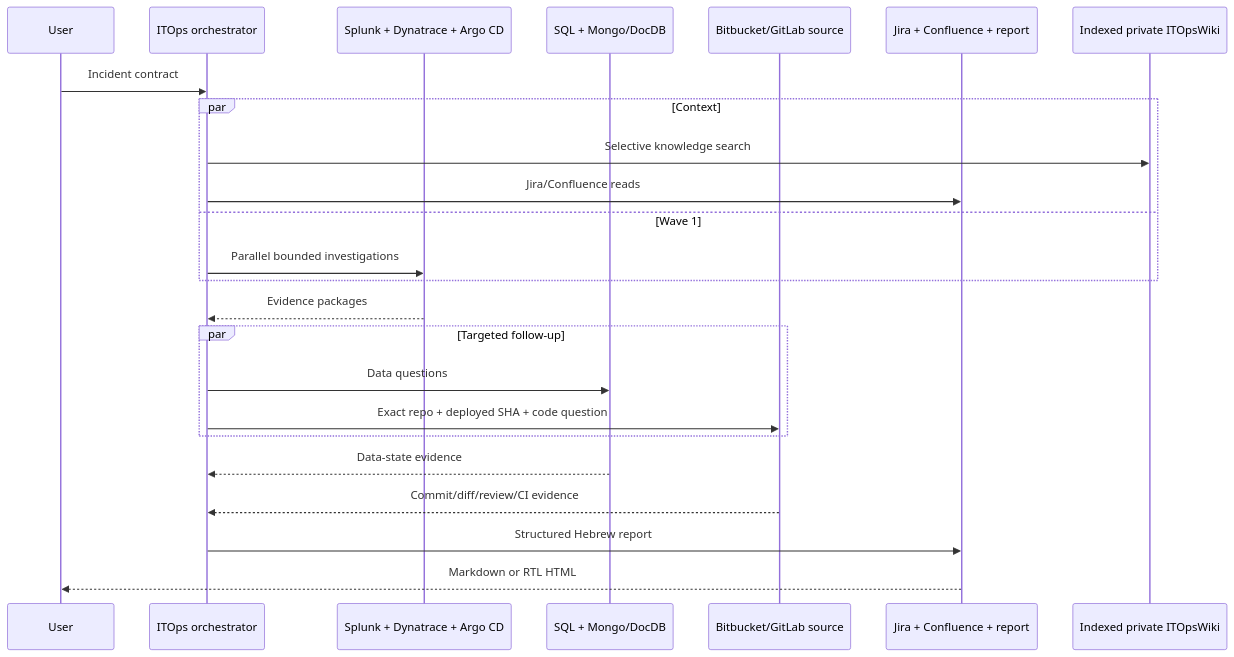
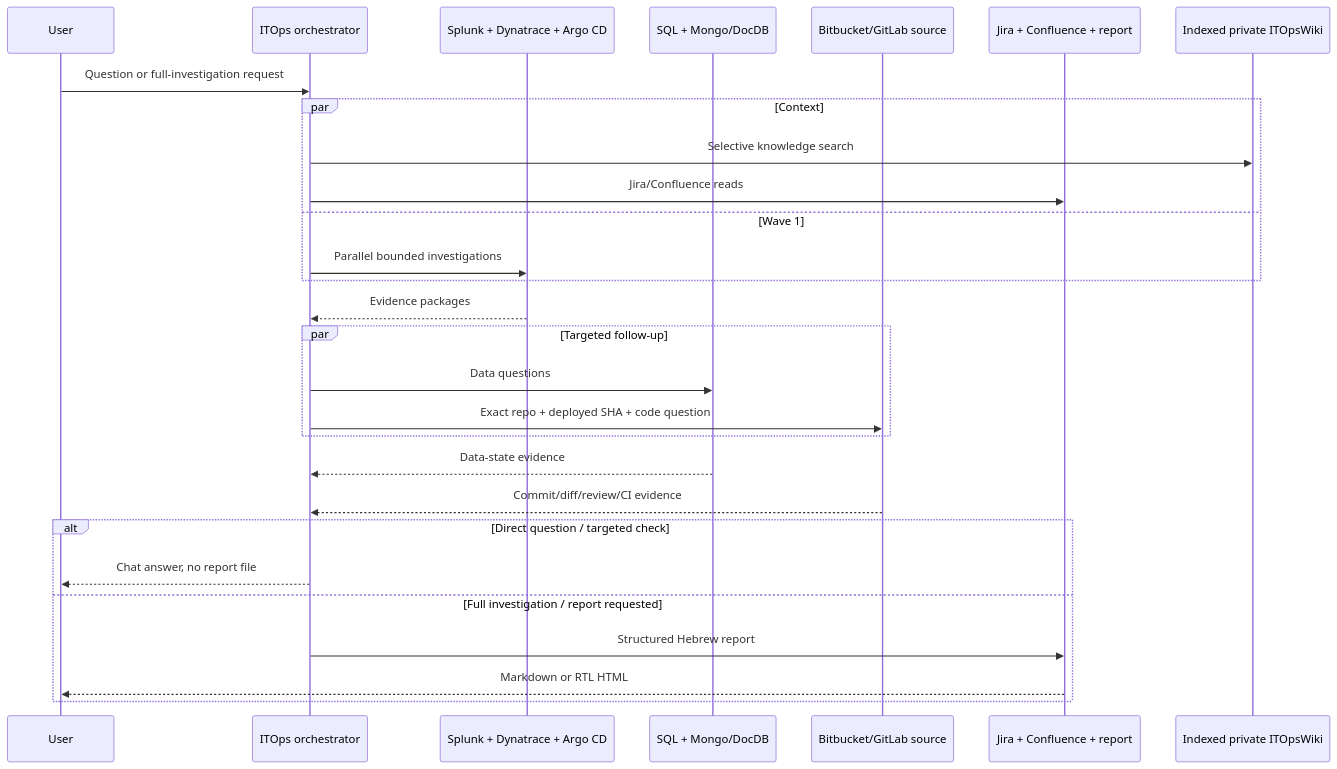
One commit to idan00189/itops-kiro-harness changed the diagram in docs/ARCHITECTURE.md. Above: the diagram before and after it, drawn with Mermaid. The commit also changed other lines of this file and 16 other files, not shown here.

````diff
--- a/docs/ARCHITECTURE.md
+++ b/docs/ARCHITECTURE.md
@@ -9,26 +9,30 @@
 ```mermaid
 sequenceDiagram
     participant User
     participant O as ITOps orchestrator
     participant Obs as Splunk + Dynatrace + Argo CD
     participant DB as SQL + Mongo/DocDB
     participant Code as Bitbucket/GitLab source
     participant Core as Jira + Confluence + report
     participant Wiki as Indexed private ITOpsWiki
-    User->>O: Incident contract
+    User->>O: Question or full-investigation request
     par Context
         O->>Wiki: Selective knowledge search
         O->>Core: Jira/Confluence reads
     and Wave 1
         O->>Obs: Parallel bounded investigations
     end
     Obs-->>O: Evidence packages
     par Targeted follow-up
         O->>DB: Data questions
         O->>Code: Exact repo + deployed SHA + code question
     end
     DB-->>O: Data-state evidence
     Code-->>O: Commit/diff/review/CI evidence
-    O->>Core: Structured Hebrew report
-    Core-->>User: Markdown or RTL HTML
+    alt Direct question / targeted check
+        O-->>User: Chat answer, no report file
+    else Full investigation / report requested
+        O->>Core: Structured Hebrew report
+        Core-->>User: Markdown or RTL HTML
+    end
 ```
````
